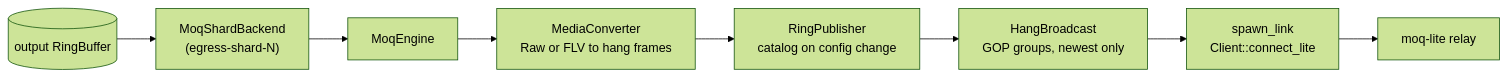
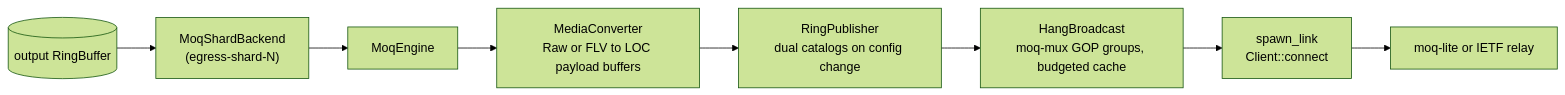
Diagram 14 of 15 in docs/media-pipeline.md (krsna1729/restream), drawn with Mermaid (forest theme) before and after one commit. The commit also changed other lines of this file and 21 other files, not shown here.

````diff
--- a/docs/media-pipeline.md
+++ b/docs/media-pipeline.md
@@ -925,10 +937,10 @@
 ```mermaid
 flowchart LR
     Ring[("output RingBuffer")] --> Backend["MoqShardBackend<br/>(egress-shard-N)"]
     Backend --> Engine["MoqEngine"]
-    Engine --> Convert["MediaConverter<br/>Raw or FLV to hang frames"]
-    Convert --> Publish["RingPublisher<br/>catalog on config change"]
-    Publish --> Broadcast["HangBroadcast<br/>GOP groups, newest only"]
-    Broadcast --> Link["spawn_link<br/>Client::connect_lite"]
-    Link --> Relay["moq-lite relay"]
+    Engine --> Convert["MediaConverter<br/>Raw or FLV to LOC payload buffers"]
+    Convert --> Publish["RingPublisher<br/>dual catalogs on config change"]
+    Publish --> Broadcast["HangBroadcast<br/>moq-mux GOP groups, budgeted cache"]
+    Broadcast --> Link["spawn_link<br/>Client::connect"]
+    Link --> Relay["moq-lite or IETF relay"]
 ```
````
